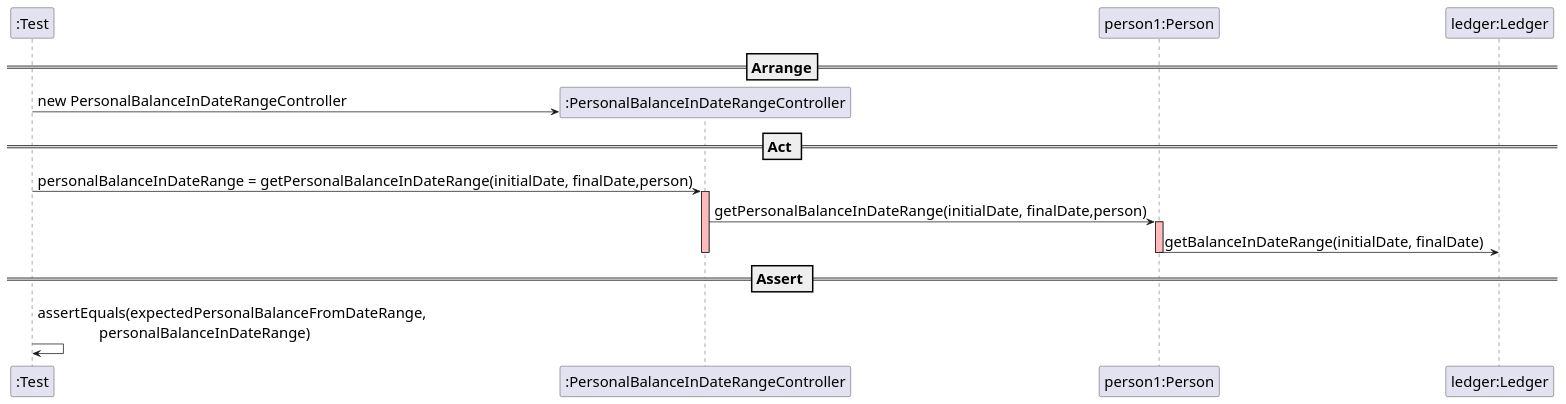
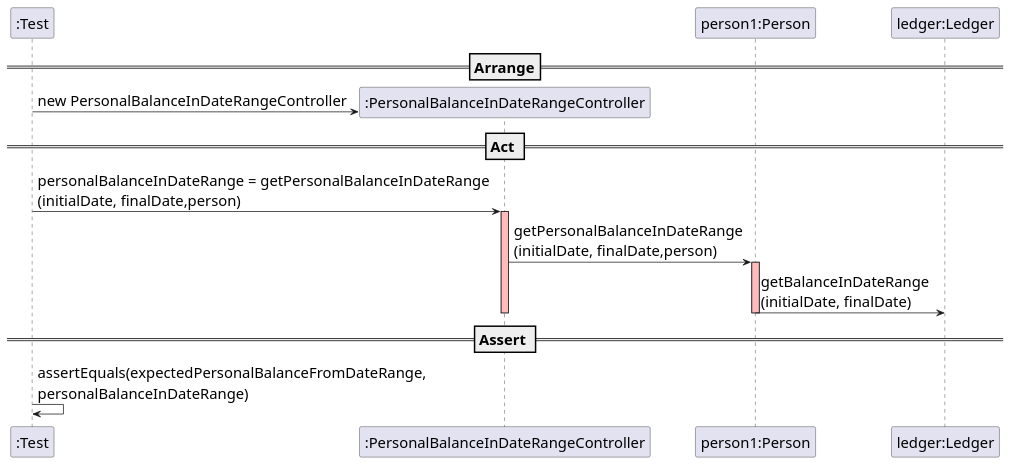
One commit to mleitaoribeiro/DevOpsMaven changed the diagram in docs/SequenceDiagram - US017.puml. Above: the diagram before and after it, drawn with PlantUML. The commit also changed 3 other files, not shown here.

```diff
--- a/docs/SequenceDiagram - US017.puml
+++ b/docs/SequenceDiagram - US017.puml
@@ -1,32 +1,32 @@
 @startuml
 
 skinparam DefaultFontSize 20
 create ":Test"
 
 ==Arrange==
 create ":PersonalBalanceInDateRangeController"
 ":Test" -> ":PersonalBalanceInDateRangeController" : new PersonalBalanceInDateRangeController
 
 participant "person1:Person"
 
 participant "ledger:Ledger"
 
 
 == Act ==
 
-":Test" -> ":PersonalBalanceInDateRangeController" : personalBalanceInDateRange = getPersonalBalanceInDateRange(initialDate, finalDate,person)
+":Test" -> ":PersonalBalanceInDateRangeController" : personalBalanceInDateRange = getPersonalBalanceInDateRange\n(initialDate, finalDate,person)
 activate ":PersonalBalanceInDateRangeController"  #FFBBBB
 
-":PersonalBalanceInDateRangeController" -> "person1:Person" :getPersonalBalanceInDateRange(initialDate, finalDate,person)
+":PersonalBalanceInDateRangeController" -> "person1:Person" :getPersonalBalanceInDateRange\n(initialDate, finalDate,person)
 activate "person1:Person"  #FFBBBB
 
-"person1:Person" -> "ledger:Ledger": getBalanceInDateRange(initialDate, finalDate)
+"person1:Person" -> "ledger:Ledger": getBalanceInDateRange\n(initialDate, finalDate)
 deactivate "person1:Person"  #FFBBBB
 deactivate ":PersonalBalanceInDateRangeController"  #FFBBBB
 
 == Assert ==
 
-":Test" -> ":Test" : assertEquals(expectedPersonalBalanceFromDateRange, \n                personalBalanceInDateRange)
+":Test" -> ":Test" : assertEquals(expectedPersonalBalanceFromDateRange, \npersonalBalanceInDateRange)
 
 
 @enduml
```
